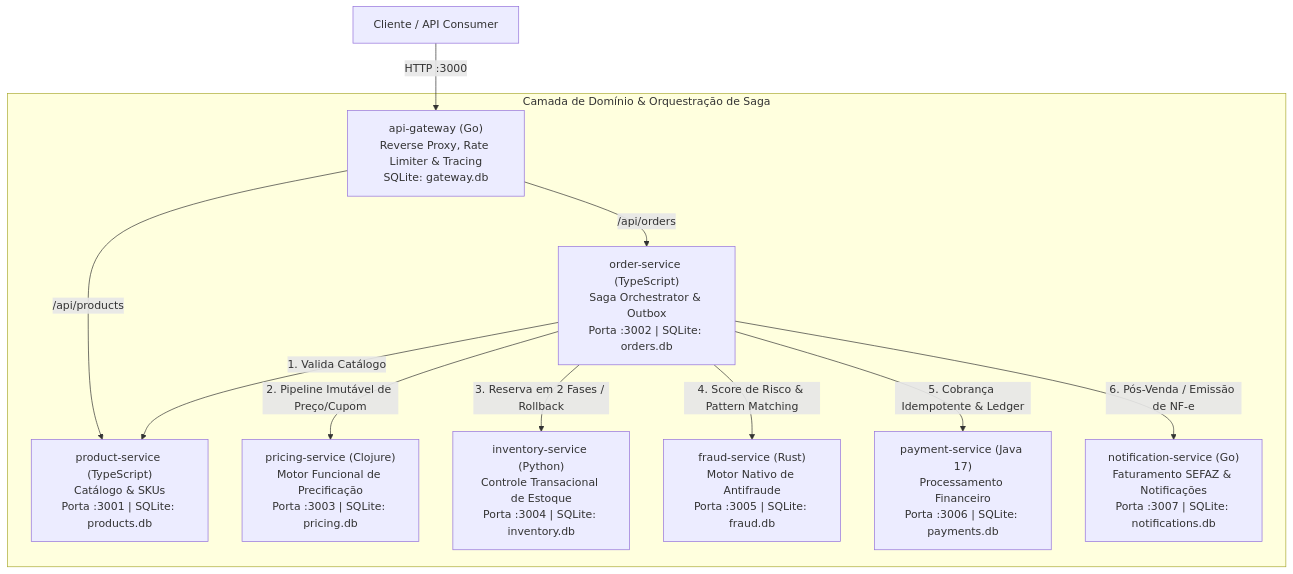
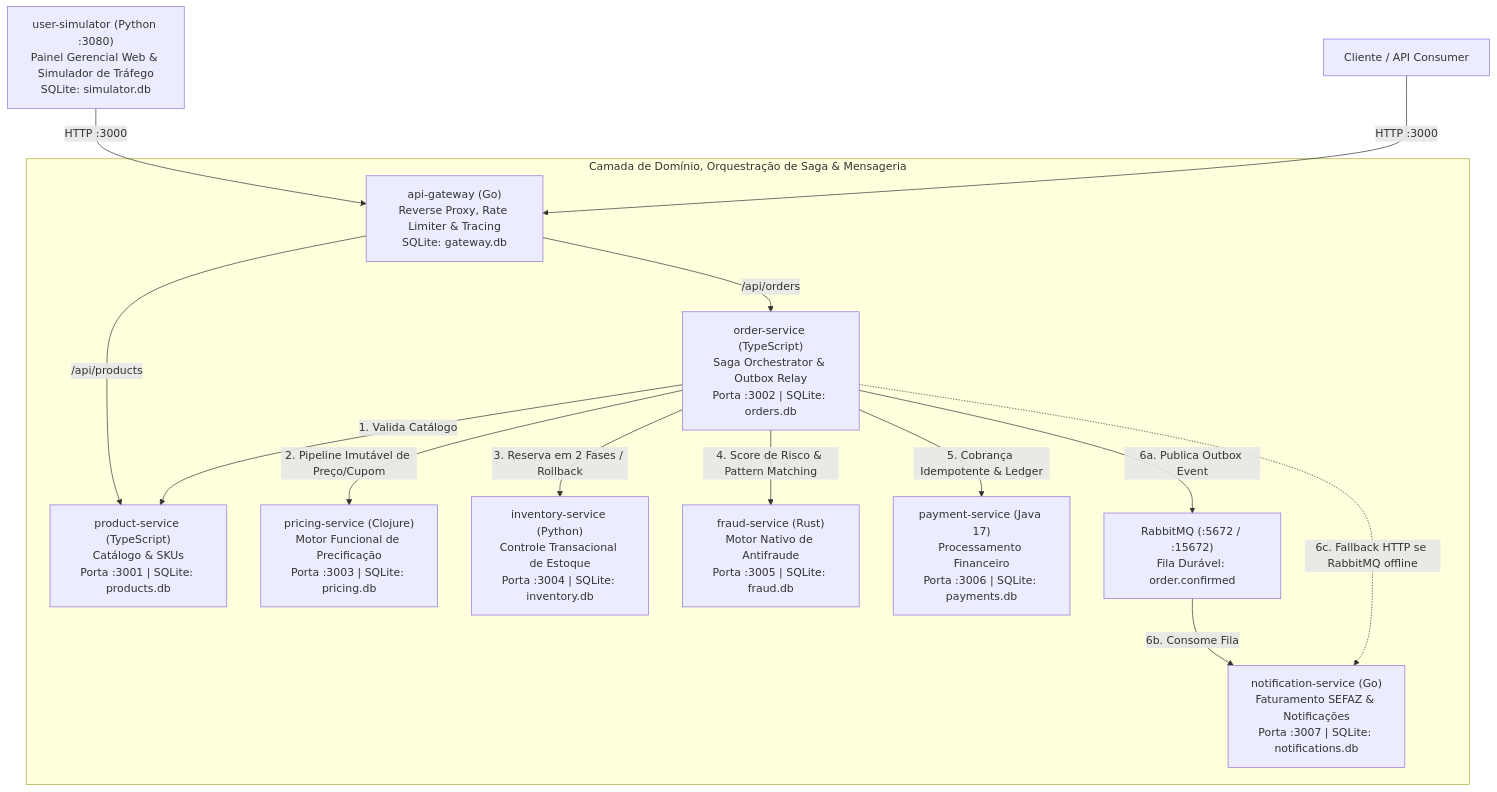
The first of 2 diagrams in README.md (victor-rva/ecommerce_microservice), drawn with Mermaid before and after one commit. The commit also changed other lines of this file, not shown here.

Commit message:
docs(readme): document Transactional Outbox with RabbitMQ and update architecture diagrams

````diff
--- a/README.md
+++ b/README.md
@@ -23,16 +23,19 @@
 ```mermaid
 flowchart TD
-    Client["Cliente / API Consumer"] -->|HTTP :3000| Gateway["api-gateway (Go)\nReverse Proxy, Rate Limiter & Tracing\nSQLite: gateway.db"]
+    Sim["user-simulator (Python :3080)\nPainel Gerencial Web & Simulador de Tráfego\nSQLite: simulator.db"] -->|HTTP :3000| Gateway["api-gateway (Go)\nReverse Proxy, Rate Limiter & Tracing\nSQLite: gateway.db"]
+    Client["Cliente / API Consumer"] -->|HTTP :3000| Gateway
 
-    subgraph DomainServices ["Camada de Domínio & Orquestração de Saga"]
+    subgraph DomainServices ["Camada de Domínio, Orquestração de Saga & Mensageria"]
         Gateway -->|/api/products| Product["product-service (TypeScript)\nCatálogo & SKUs\nPorta :3001 | SQLite: products.db"]
-        Gateway -->|/api/orders| Order["order-service (TypeScript)\nSaga Orchestrator & Outbox\nPorta :3002 | SQLite: orders.db"]
+        Gateway -->|/api/orders| Order["order-service (TypeScript)\nSaga Orchestrator & Outbox Relay\nPorta :3002 | SQLite: orders.db"]
 
         Order -->|1. Valida Catálogo| Product
         Order -->|2. Pipeline Imutável de Preço/Cupom| Pricing["pricing-service (Clojure)\nMotor Funcional de Precificação\nPorta :3003 | SQLite: pricing.db"]
         Order -->|3. Reserva em 2 Fases / Rollback| Inventory["inventory-service (Python)\nControle Transacional de Estoque\nPorta :3004 | SQLite: inventory.db"]
         Order -->|4. Score de Risco & Pattern Matching| Fraud["fraud-service (Rust)\nMotor Nativo de Antifraude\nPorta :3005 | SQLite: fraud.db"]
         Order -->|5. Cobrança Idempotente & Ledger| Payment["payment-service (Java 17)\nProcessamento Financeiro\nPorta :3006 | SQLite: payments.db"]
-        Order -->|6. Pós-Venda / Emissão de NF-e| Notification["notification-service (Go)\nFaturamento SEFAZ & Notificações\nPorta :3007 | SQLite: notifications.db"]
+        Order -->|6a. Publica Outbox Event| Rabbit["RabbitMQ (:5672 / :15672)\nFila Durável: order.confirmed"]
+        Rabbit -->|6b. Consome Fila| Notification["notification-service (Go)\nFaturamento SEFAZ & Notificações\nPorta :3007 | SQLite: notifications.db"]
+        Order -.->|6c. Fallback HTTP se RabbitMQ offline| Notification
     end
 ```
````
